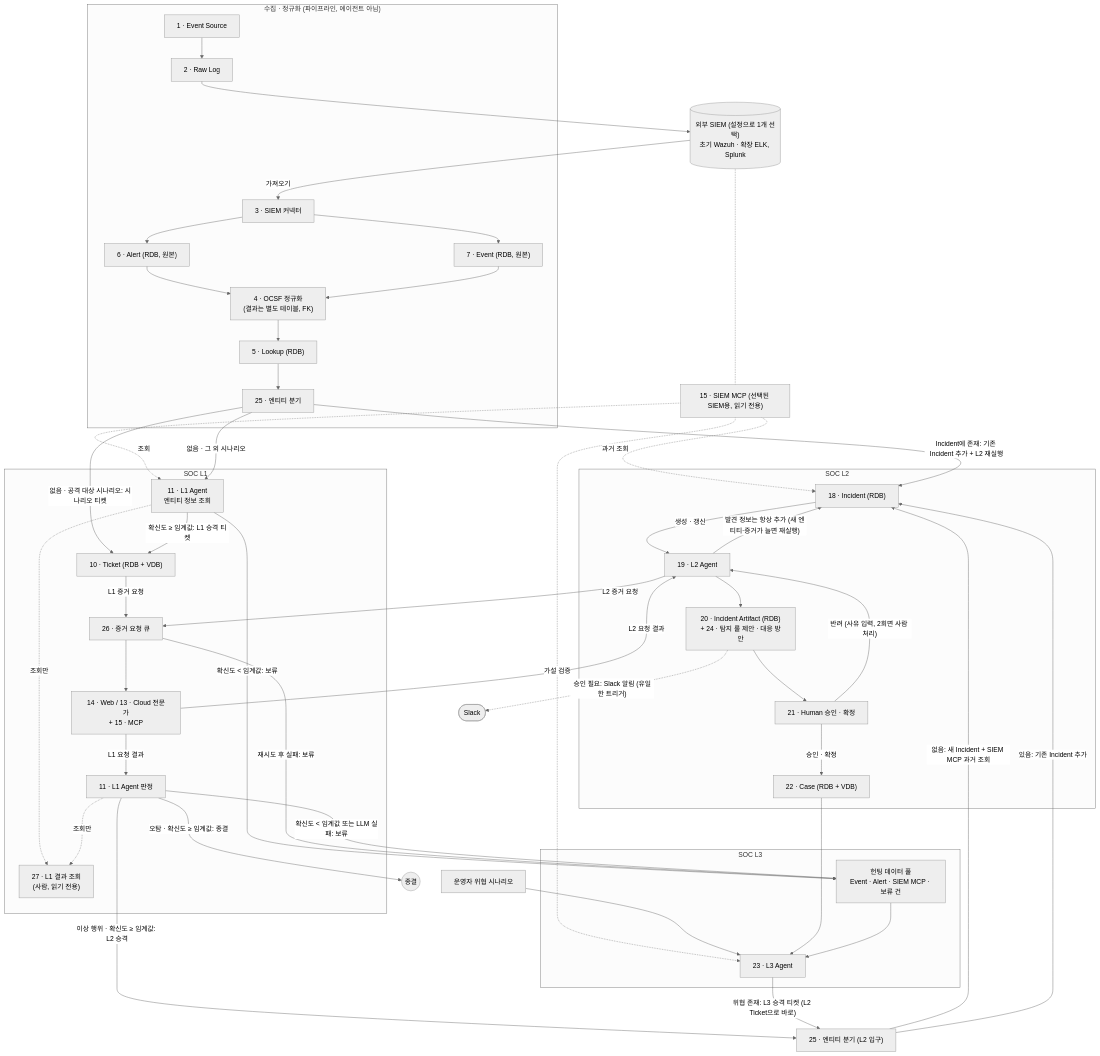
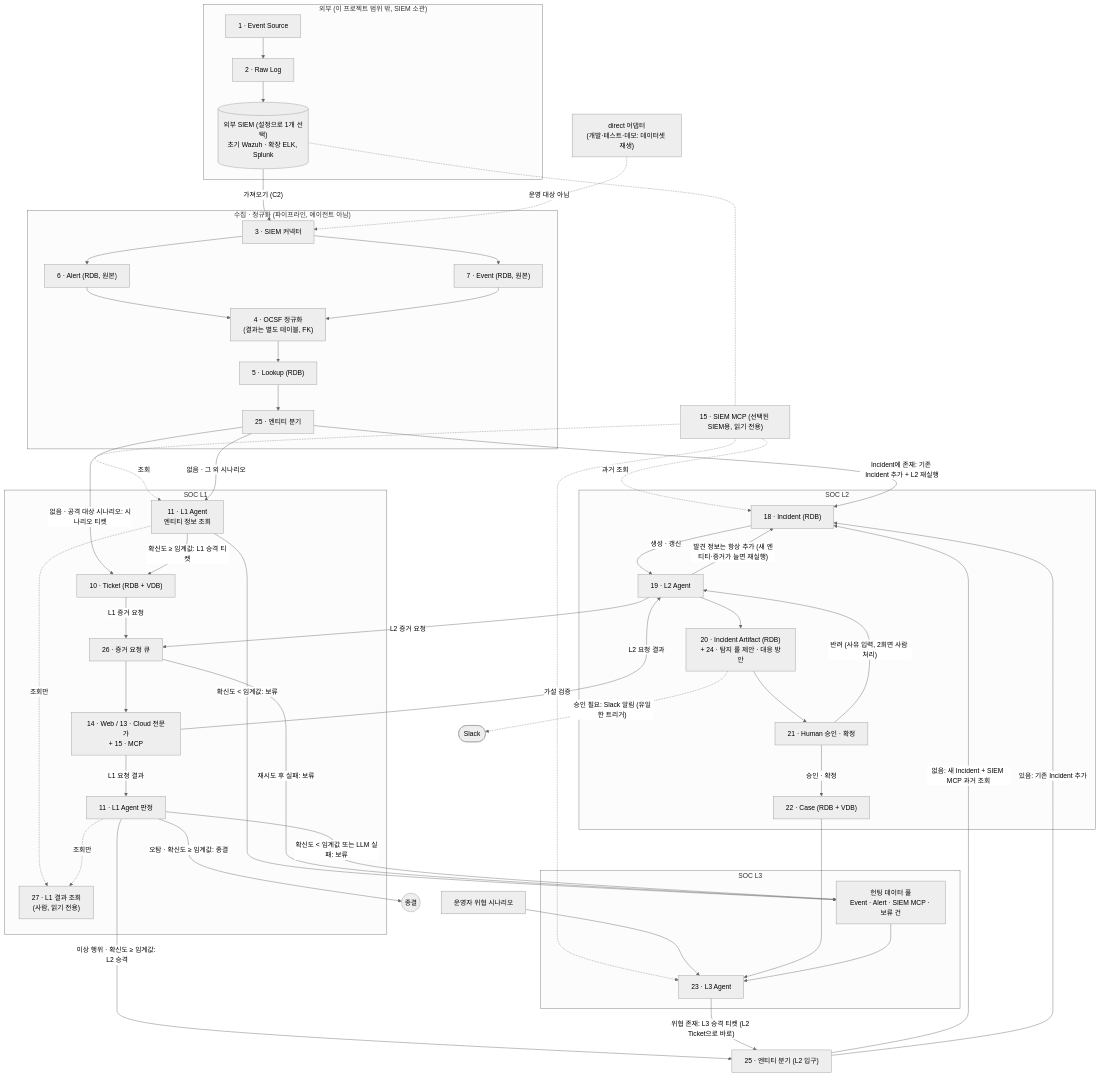
Before and after one commit to 0-Ticket/0-Ticket: the diagram in docs/architecture.md, drawn with Mermaid (neutral theme). The commit also changed other lines of this file and 1 other file, not shown here.

````diff
--- a/docs/architecture.md
+++ b/docs/architecture.md
@@ -3,74 +3,78 @@
 ```mermaid
 flowchart TB
-  EXT[("외부 SIEM (설정으로 1개 선택)<br/>초기 Wazuh · 확장 ELK, Splunk")]
+  subgraph OUT["외부 (이 프로젝트 범위 밖, SIEM 소관)"]
+    ES["1 · Event Source"] --> RAW["2 · Raw Log"]
+    EXT[("외부 SIEM (설정으로 1개 선택)<br/>초기 Wazuh · 확장 ELK, Splunk")]
+  end
+  DIRECT["direct 어댑터<br/>(개발·테스트·데모: 데이터셋 재생)"]
 
   subgraph P0["수집 · 정규화 (파이프라인, 에이전트 아님)"]
-    ES["1 · Event Source"] --> RAW["2 · Raw Log"]
     CON["3 · SIEM 커넥터"]
     CON --> AL["6 · Alert (RDB, 원본)"]
     CON --> EV["7 · Event (RDB, 원본)"]
     AL --> OCSF["4 · OCSF 정규화<br/>(결과는 별도 테이블, FK)"]
     EV --> OCSF
     OCSF --> LK["5 · Lookup (RDB)"]
     LK --> BR["25 · 엔티티 분기"]
   end
 
   subgraph L1G["SOC L1"]
     L1Q["11 · L1 Agent<br/>엔티티 정보 조회"]
     TK["10 · Ticket (RDB + VDB)"]
     Q["26 · 증거 요청 큐"]
     SP["14 · Web / 13 · Cloud 전문가<br/>+ 15 · MCP"]
     L1V["11 · L1 Agent 판정"]
     L1R["27 · L1 결과 조회<br/>(사람, 읽기 전용)"]
   end
 
   SMCP["15 · SIEM MCP (선택된 SIEM용, 읽기 전용)"]
 
   subgraph L2G["SOC L2"]
     INC["18 · Incident (RDB)"]
     L2["19 · L2 Agent"]
     ART["20 · Incident Artifact (RDB)<br/>+ 24 · 탐지 룰 제안 · 대응 방안"]
     H["21 · Human 승인 · 확정"]
     CASE["22 · Case (RDB + VDB)"]
   end
 
   subgraph L3G["SOC L3"]
     POOL["헌팅 데이터 풀<br/>Event · Alert · SIEM MCP · 보류 건"]
     L3["23 · L3 Agent"]
   end
 
   RAW --> EXT
-  EXT -- "가져오기" --> CON
+  EXT -- "가져오기 (C2)" --> CON
+  DIRECT -. "운영 대상 아님" .-> CON
   EXT -.- SMCP
   SMCP -. "조회" .-> L1Q
   SMCP -. "과거 조회" .-> INC
   SMCP -. "가설 검증" .-> L3
 
   BR -- "Incident에 존재: 기존 Incident 추가 + L2 재실행" --> INC
   BR -- "없음 · 공격 대상 시나리오: 시나리오 티켓" --> TK
   BR -- "없음 · 그 외 시나리오" --> L1Q
   L1Q -- "확신도 ≥ 임계값: L1 승격 티켓" --> TK
   L1Q -- "확신도 < 임계값: 보류" --> POOL
   TK -- "L1 증거 요청" --> Q --> SP
   SP -- "L1 요청 결과" --> L1V
   Q -- "재시도 후 실패: 보류" --> POOL
   L1V -- "오탐 · 확신도 ≥ 임계값: 종결" --> END1(("종결"))
   L1V -- "확신도 < 임계값 또는 LLM 실패: 보류" --> POOL
   L1V -- "이상 행위 · 확신도 ≥ 임계값: L2 승격" --> BR2["25 · 엔티티 분기 (L2 입구)"]
   L1Q -. "조회만" .-> L1R
   L1V -. "조회만" .-> L1R
   BR2 -- "없음: 새 Incident + SIEM MCP 과거 조회" --> INC
   BR2 -- "있음: 기존 Incident 추가" --> INC
   INC -- "생성 · 갱신" --> L2
   L2 -- "L2 증거 요청" --> Q
   SP -- "L2 요청 결과" --> L2
   L2 -- "발견 정보는 항상 추가 (새 엔티티·증거가 늘면 재실행)" --> INC
   L2 --> ART --> H
   H -- "승인 · 확정" --> CASE
   H -- "반려 (사유 입력, 2회면 사람 처리)" --> L2
   ART -. "승인 필요: Slack 알림 (유일한 트리거)" .-> SLACK(["Slack"])
   OP["운영자 위협 시나리오"] --> L3
   CASE --> L3
   POOL --> L3
   L3 -- "위협 존재: L3 승격 티켓 (L2 Ticket으로 바로)" --> BR2
 ```
````
